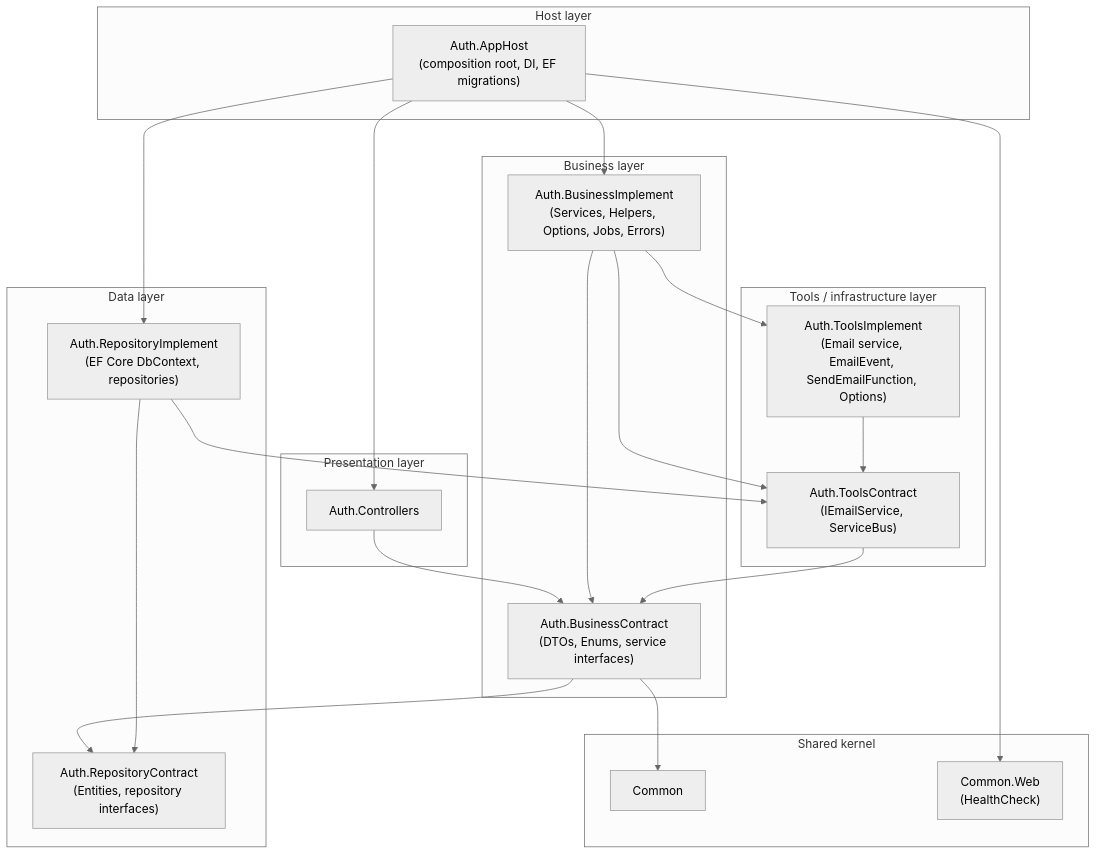
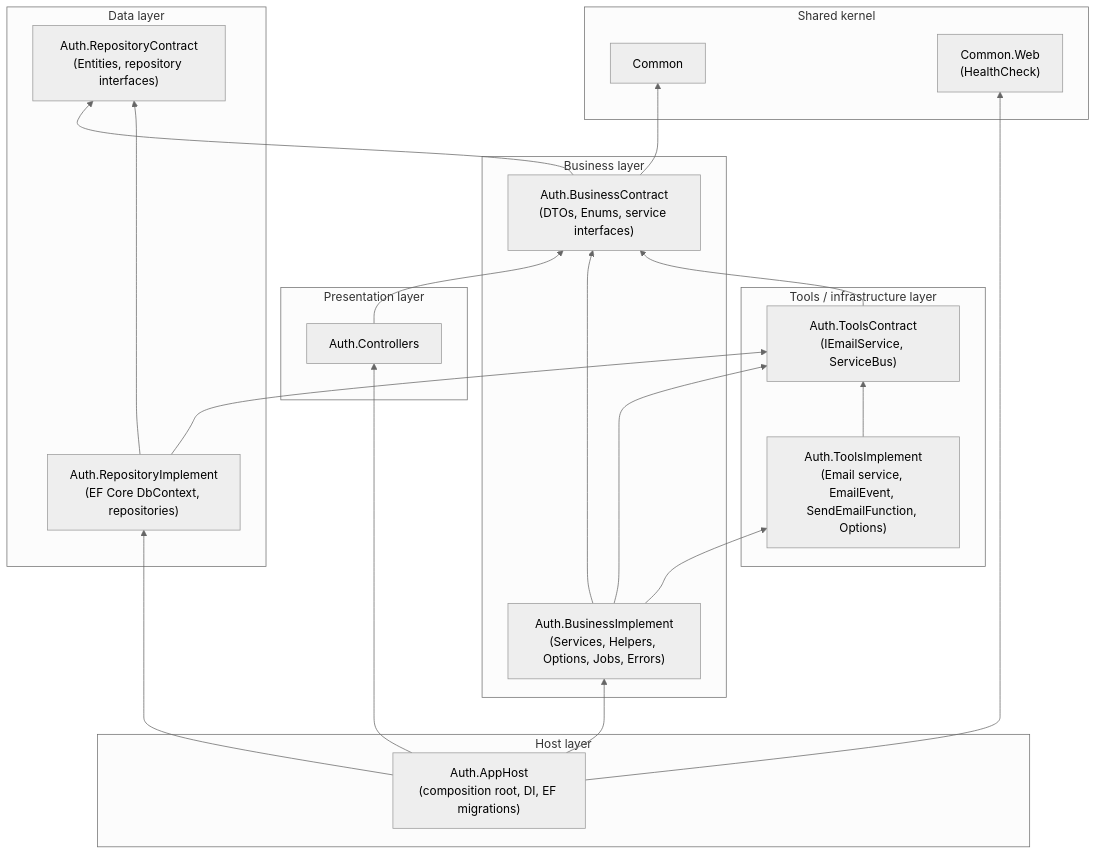
The first of 2 diagrams in document/TTECH.Backend/Auth/Auth-Architecture-Diagrams.md (AkaThoconCute/TTECH), drawn with Mermaid (neutral theme) before and after one commit.

Commit message:
design: flip package diagram vertically

````diff
--- a/document/TTECH.Backend/Auth/Auth-Architecture-Diagrams.md
+++ b/document/TTECH.Backend/Auth/Auth-Architecture-Diagrams.md
@@ -9,46 +9,46 @@
 ```mermaid
-flowchart TB
+flowchart BT
   subgraph Host["Host layer"]
     AppHost["Auth.AppHost<br/>(composition root, DI, EF migrations)"]
   end
 
   subgraph Presentation["Presentation layer"]
     Controllers["Auth.Controllers"]
   end
 
   subgraph Business["Business layer"]
     BC["Auth.BusinessContract<br/>(DTOs, Enums, service interfaces)"]
     BI["Auth.BusinessImplement<br/>(Services, Helpers, Options, Jobs, Errors)"]
   end
 
   subgraph Tools["Tools / infrastructure layer"]
     TC["Auth.ToolsContract<br/>(IEmailService, ServiceBus)"]
     TI["Auth.ToolsImplement<br/>(Email service, EmailEvent, SendEmailFunction, Options)"]
   end
 
   subgraph Data["Data layer"]
     RC["Auth.RepositoryContract<br/>(Entities, repository interfaces)"]
     RI["Auth.RepositoryImplement<br/>(EF Core DbContext, repositories)"]
   end
 
   subgraph Shared["Shared kernel"]
     Common["Common"]
     CommonWeb["Common.Web<br/>(HealthCheck)"]
   end
 
   AppHost --> Controllers
   AppHost --> BI
   AppHost --> RI
   AppHost --> CommonWeb
 
   Controllers --> BC
   BI --> BC
   BI --> TC
   BI --> TI
   BC --> RC
   BC --> Common
   TC --> BC
   TI --> TC
   RI --> RC
   RI --> TC
 ```
````
